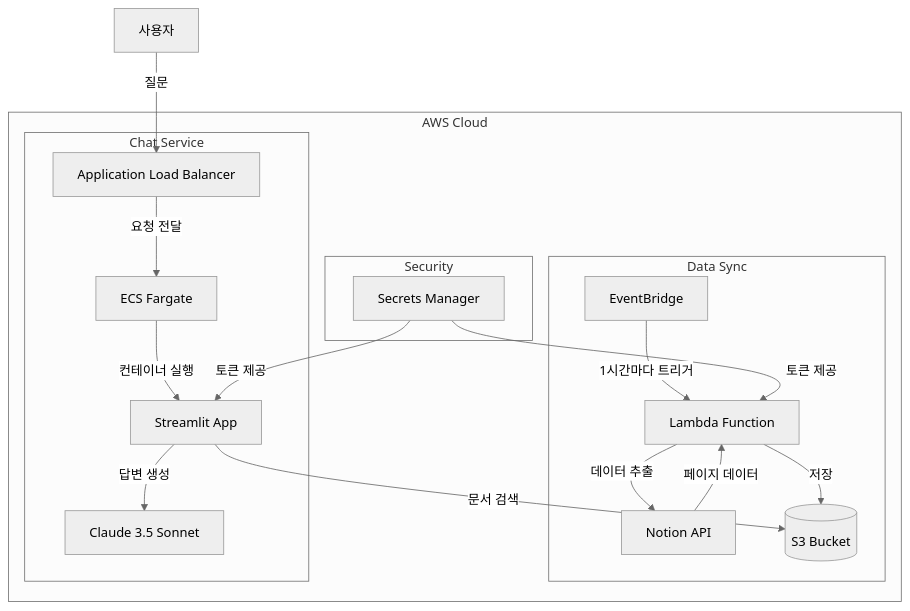
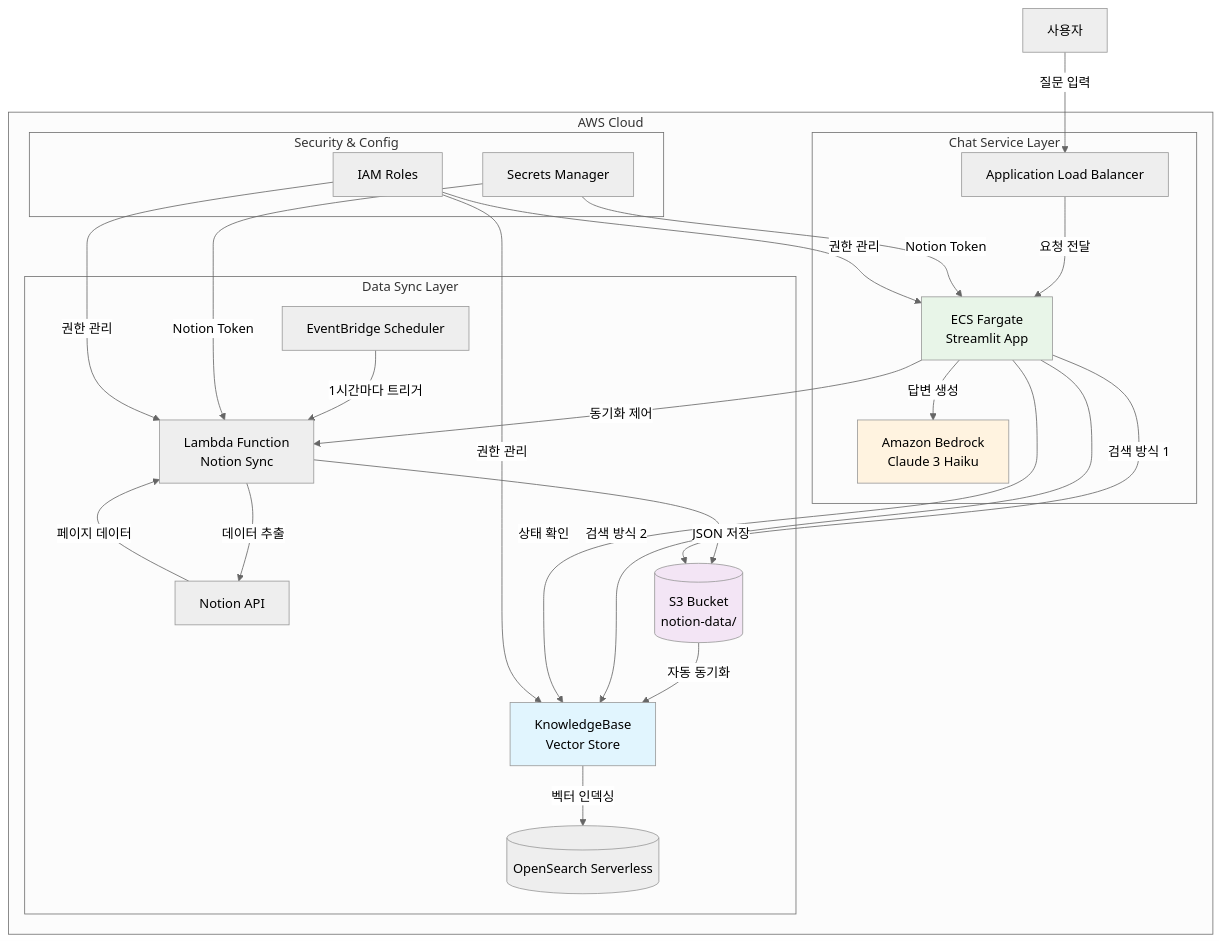
The diagram in README.md (hcsung-aws/notion-rag-chatbot), drawn with Mermaid (neutral theme) before and after one commit. The commit also changed other lines of this file and 1 other file, not shown here.

Commit message:
docs: Update README with current architecture and add Draw.io diagram

````diff
--- a/README.md
+++ b/README.md
@@ -16,25 +16,37 @@
 ```mermaid
 graph TB
-    subgraph AWS Cloud
-        subgraph Data Sync
-            A[EventBridge] -->|1시간마다 트리거| B[Lambda Function]
+    subgraph "AWS Cloud"
+        subgraph "Data Sync Layer"
+            A[EventBridge Scheduler] -->|1시간마다 트리거| B[Lambda Function<br/>Notion Sync]
             B -->|데이터 추출| C[Notion API]
-            B -->|저장| D[(S3 Bucket)]
+            B -->|JSON 저장| D[(S3 Bucket<br/>notion-data/)]
+            D -->|자동 동기화| E[KnowledgeBase<br/>Vector Store]
+            E -->|벡터 인덱싱| F[(OpenSearch Serverless)]
         end
         
-        subgraph Chat Service
-            E[Application Load Balancer] -->|요청 전달| F[ECS Fargate]
-            F -->|컨테이너 실행| G[Streamlit App]
-            G -->|문서 검색| D
-            G -->|답변 생성| H[Claude 3.5 Sonnet]
+        subgraph "Chat Service Layer"
+            G[Application Load Balancer] -->|요청 전달| H[ECS Fargate<br/>Streamlit App]
+            H -->|검색 방식 1| D
+            H -->|검색 방식 2| E
+            H -->|답변 생성| I[Amazon Bedrock<br/>Claude 3 Haiku]
+            H -->|동기화 제어| B
+            H -->|상태 확인| E
         end
         
-        subgraph Security
-            I[Secrets Manager] -->|토큰 제공| B
-            I -->|토큰 제공| G
+        subgraph "Security & Config"
+            J[Secrets Manager] -->|Notion Token| B
+            J -->|Notion Token| H
+            K[IAM Roles] -->|권한 관리| H
+            K -->|권한 관리| B
+            K -->|권한 관리| E
         end
     end
     
-    J[사용자] -->|질문| E
+    L[사용자] -->|질문 입력| G
     C -->|페이지 데이터| B
+    
+    style E fill:#e1f5fe
+    style D fill:#f3e5f5
+    style I fill:#fff3e0
+    style H fill:#e8f5e8
 ```
````
